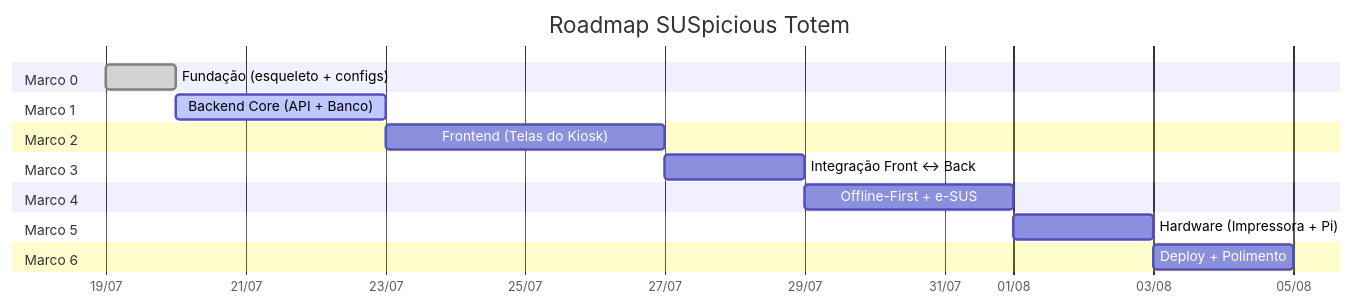
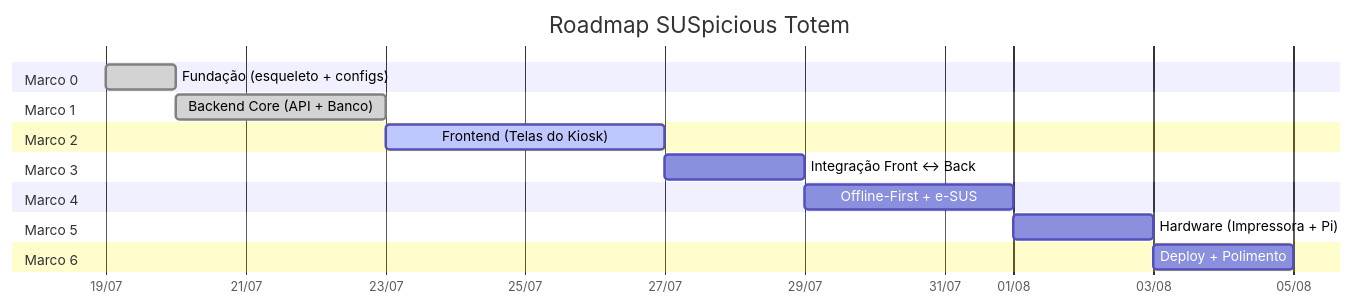
One commit to Gabriell-Ilius/SUSpicious_Totem changed the diagram in ROADMAP.md. Above: the diagram before and after it, drawn with Mermaid. The commit also changed other lines of this file and 25 other files, not shown here.

Commit message:
feat: complete Marco 1 (Backend Core) + update Roadmap and add UI deps

````diff
--- a/ROADMAP.md
+++ b/ROADMAP.md
@@ -9,27 +9,27 @@
 ```mermaid
 gantt
     title Roadmap SUSpicious Totem
     dateFormat  YYYY-MM-DD
     axisFormat  %d/%m
 
     section Marco 0
     Fundação (esqueleto + configs)           :done, m0, 2026-07-19, 1d
 
     section Marco 1
-    Backend Core (API + Banco)               :active, m1, after m0, 3d
+    Backend Core (API + Banco)               :done, m1, after m0, 3d
 
     section Marco 2
-    Frontend (Telas do Kiosk)                :m2, after m1, 4d
+    Frontend (Telas do Kiosk)                :active, m2, after m1, 4d
 
     section Marco 3
     Integração Front ↔ Back                  :m3, after m2, 2d
 
     section Marco 4
     Offline-First + e-SUS                    :m4, after m3, 3d
 
     section Marco 5
     Hardware (Impressora + Pi)               :m5, after m4, 2d
 
     section Marco 6
     Deploy + Polimento                       :m6, after m5, 2d
 ```
````
